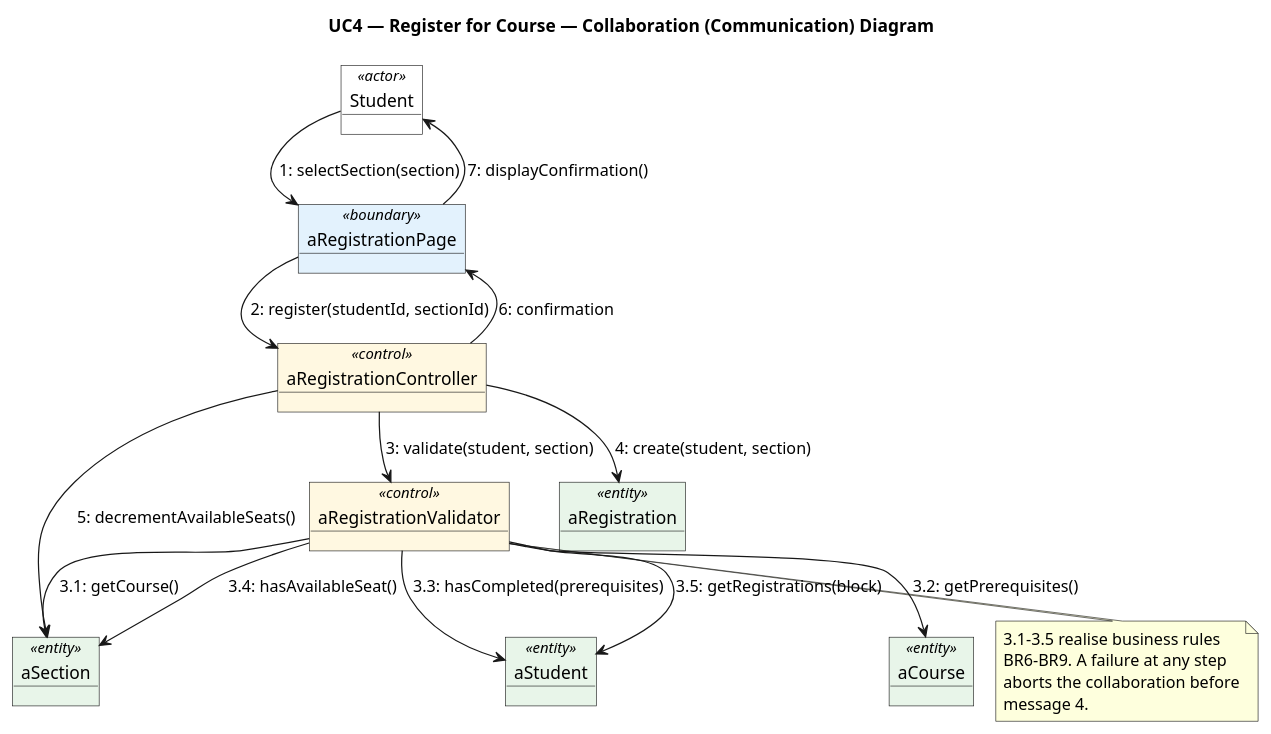
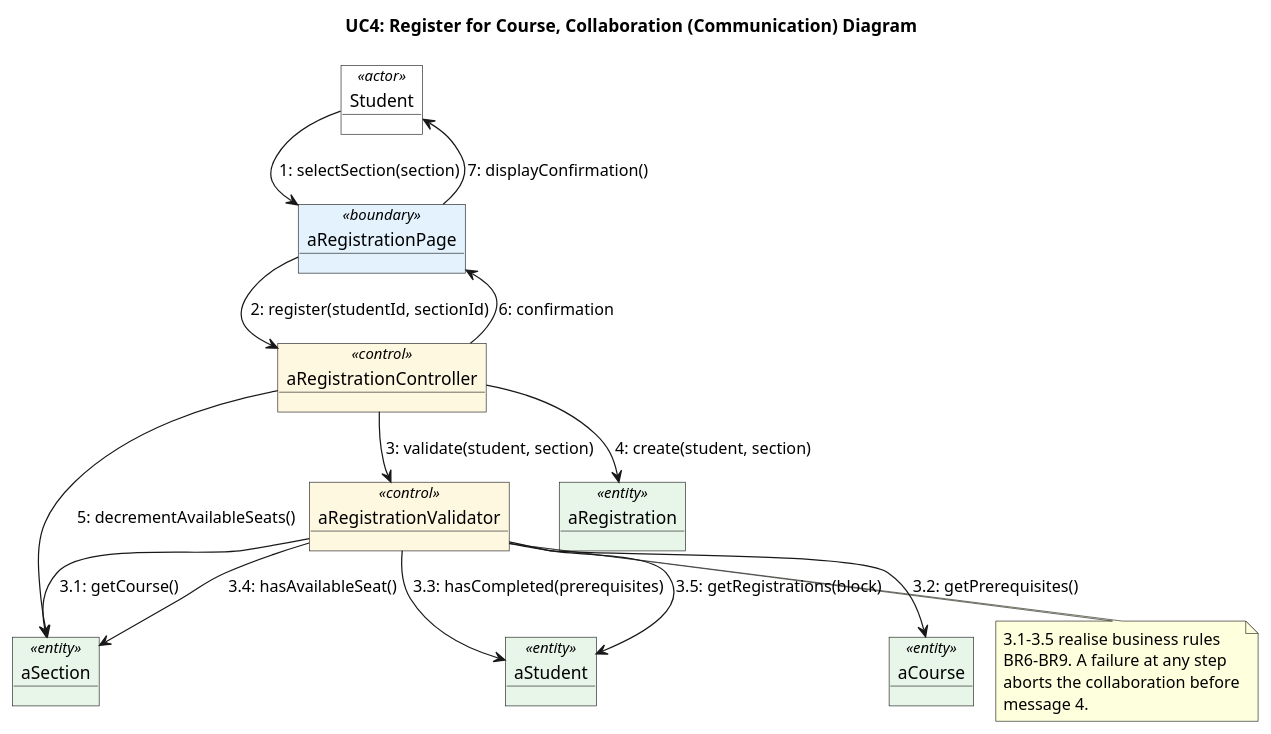
The diagram in Lab5_Collaboration_VOPC/diagrams/collab_uc4_register_for_course.puml (ElfatihZiad/eregistrar), drawn with PlantUML before and after one commit. The commit also changed 47 other files, not shown here.

```diff
--- a/Lab5_Collaboration_VOPC/diagrams/collab_uc4_register_for_course.puml
+++ b/Lab5_Collaboration_VOPC/diagrams/collab_uc4_register_for_course.puml
@@ -1,41 +1,41 @@
 @startuml collab_uc4_register_for_course
 !pragma layout smetana
 skinparam shadowing false
 skinparam object {
   BackgroundColor<<actor>> #FFFFFF
   BackgroundColor<<boundary>> #E3F2FD
   BackgroundColor<<control>> #FFF8E1
   BackgroundColor<<entity>> #E8F5E9
 }
-title UC4 — Register for Course — Collaboration (Communication) Diagram
+title UC4: Register for Course, Collaboration (Communication) Diagram
 
 object "Student" as Student <<actor>>
 object "aRegistrationPage" as UI <<boundary>>
 object "aRegistrationController" as Ctrl <<control>>
 object "aRegistrationValidator" as Validator <<control>>
 object "aStudent" as StudentE <<entity>>
 object "aSection" as Section <<entity>>
 object "aCourse" as Course <<entity>>
 object "aRegistration" as Reg <<entity>>
 
 Student --> UI : 1: selectSection(section)
 UI --> Ctrl : 2: register(studentId, sectionId)
 Ctrl --> Validator : 3: validate(student, section)
 Validator --> Section : 3.1: getCourse()
 Validator --> Course : 3.2: getPrerequisites()
 Validator --> StudentE : 3.3: hasCompleted(prerequisites)
 Validator --> Section : 3.4: hasAvailableSeat()
 Validator --> StudentE : 3.5: getRegistrations(block)
 Ctrl --> Reg : 4: create(student, section)
 Ctrl --> Section : 5: decrementAvailableSeats()
 Ctrl --> UI : 6: confirmation
 UI --> Student : 7: displayConfirmation()
 
 note bottom of Validator
   3.1–3.5 realise business rules
   BR6–BR9. A failure at any step
   aborts the collaboration before
   message 4.
 end note
 
 @enduml
```
